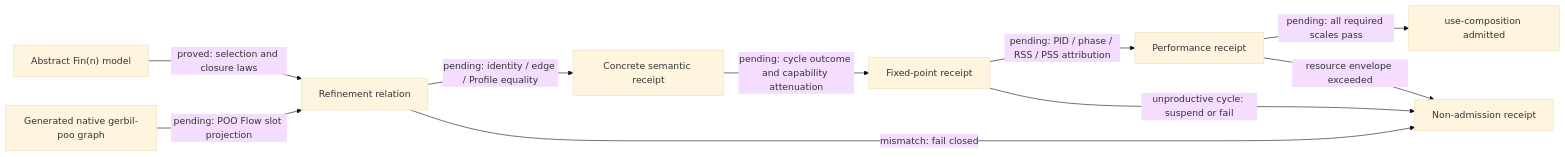
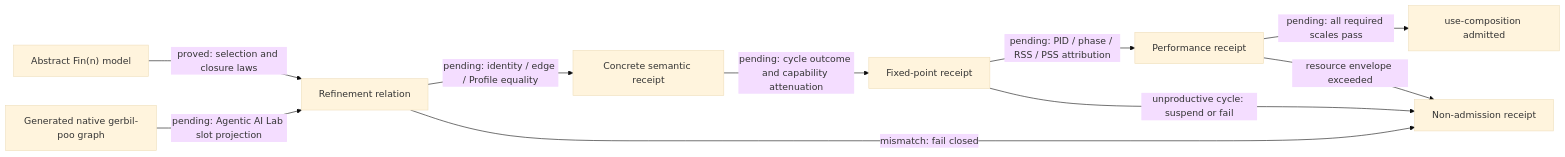
Before and after one commit to tao3k/gebril-yuanxu: the third of 5 diagrams in module-system/design/45-113-gerbil-poo-scale-refinement-and-generated-graph-receipts.org, drawn with Mermaid (base theme). The commit also changed other lines of this file and 507 other files, not shown here.

```diff
--- a/module-system/design/45-113-gerbil-poo-scale-refinement-and-generated-graph-receipts.org
+++ b/module-system/design/45-113-gerbil-poo-scale-refinement-and-generated-graph-receipts.org
@@ -525,12 +525,12 @@
 #+begin_src mermaid
 flowchart LR
   A["Abstract Fin(n) model"] -->|"proved: selection and closure laws"| R["Refinement relation"]
-  G["Generated native gerbil-poo graph"] -->|"pending: POO Flow slot projection"| R
+  G["Generated native gerbil-poo graph"] -->|"pending: Agentic AI Lab slot projection"| R
   R -->|"pending: identity / edge / Profile equality"| C["Concrete semantic receipt"]
   C -->|"pending: cycle outcome and capability attenuation"| F["Fixed-point receipt"]
   F -->|"pending: PID / phase / RSS / PSS attribution"| P["Performance receipt"]
   P -->|"pending: all required scales pass"| U["use-composition admitted"]
   R -->|"mismatch: fail closed"| X["Non-admission receipt"]
   F -->|"unproductive cycle: suspend or fail"| X
   P -->|"resource envelope exceeded"| X
 #+end_src
```
